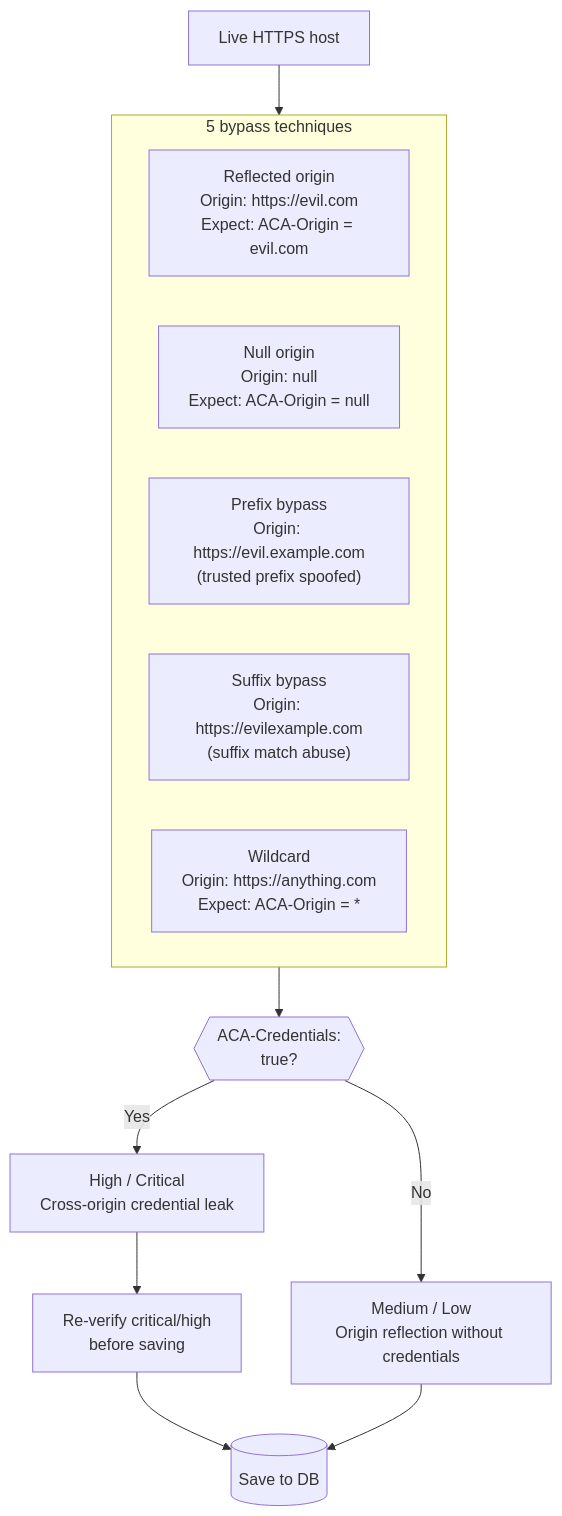
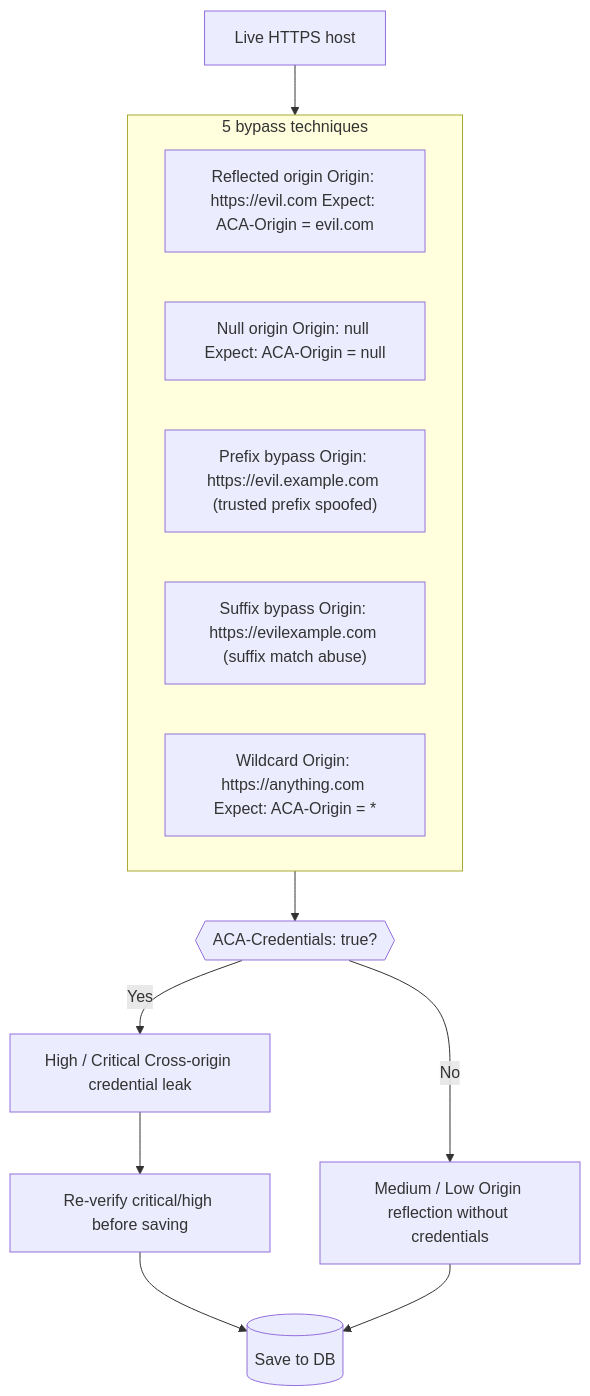
Before and after one commit to chegelawrence/liminal: the seventh of 12 diagrams in README.md, drawn with Mermaid. The commit also changed other lines of this file, not shown here.

````diff
--- a/README.md
+++ b/README.md
@@ -512,21 +512,21 @@
 ```mermaid
 flowchart TD
     HOST["Live HTTPS host"] --> FIVE
 
     subgraph FIVE["5 bypass techniques"]
         direction LR
-        T1["Reflected origin\nOrigin: https://evil.com\nExpect: ACA-Origin = evil.com"]
-        T2["Null origin\nOrigin: null\nExpect: ACA-Origin = null"]
-        T3["Prefix bypass\nOrigin: https://evil.example.com\n(trusted prefix spoofed)"]
-        T4["Suffix bypass\nOrigin: https://evilexample.com\n(suffix match abuse)"]
-        T5["Wildcard\nOrigin: https://anything.com\nExpect: ACA-Origin = *"]
+        T1["Reflected origin Origin: https://evil.com Expect: ACA-Origin = evil.com"]
+        T2["Null origin Origin: null Expect: ACA-Origin = null"]
+        T3["Prefix bypass Origin: https://evil.example.com (trusted prefix spoofed)"]
+        T4["Suffix bypass Origin: https://evilexample.com (suffix match abuse)"]
+        T5["Wildcard Origin: https://anything.com Expect: ACA-Origin = *"]
     end
 
-    FIVE --> CRED{{"ACA-Credentials:\ntrue?"}}
-    CRED -->|Yes| HIGH["High / Critical\nCross-origin credential leak"]
-    CRED -->|No| MED["Medium / Low\nOrigin reflection without credentials"]
+    FIVE --> CRED{{"ACA-Credentials: true?"}}
+    CRED -->|Yes| HIGH["High / Critical Cross-origin credential leak"]
+    CRED -->|No| MED["Medium / Low Origin reflection without credentials"]
 
-    HIGH --> REVERIFY["Re-verify critical/high\nbefore saving"]
+    HIGH --> REVERIFY["Re-verify critical/high before saving"]
     REVERIFY --> DB[("Save to DB")]
     MED --> DB
 ```
````
